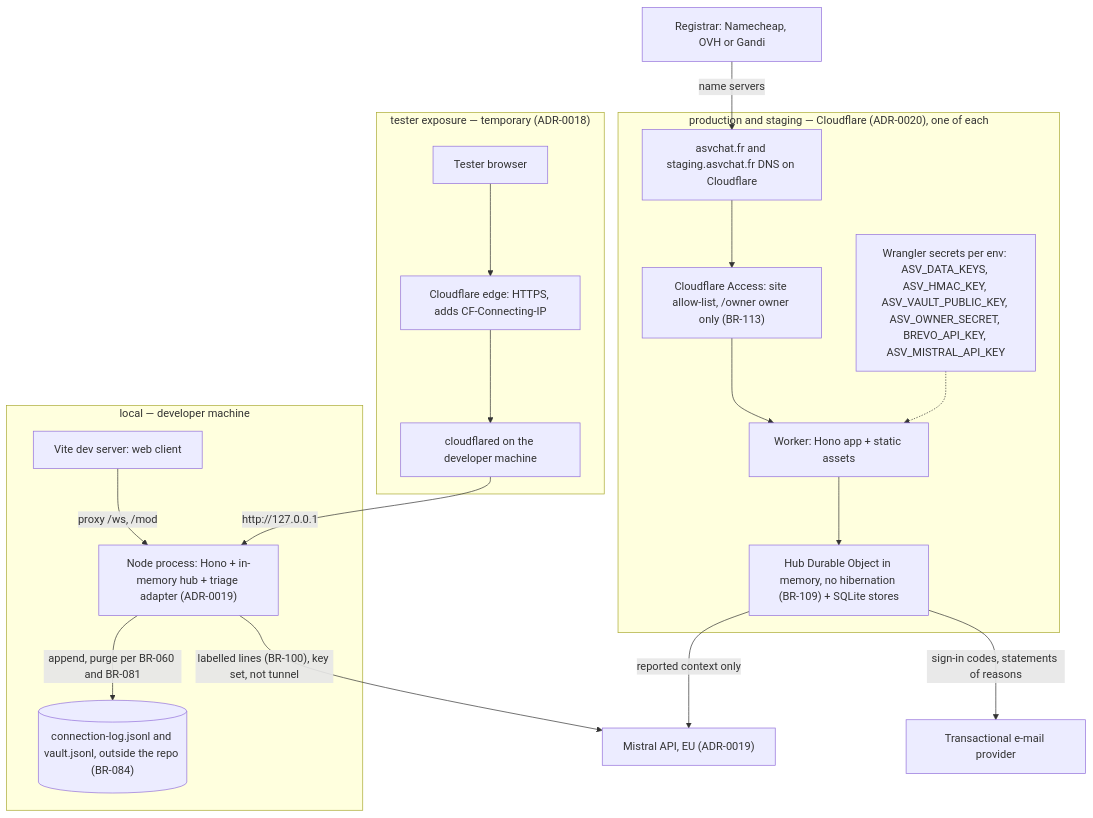
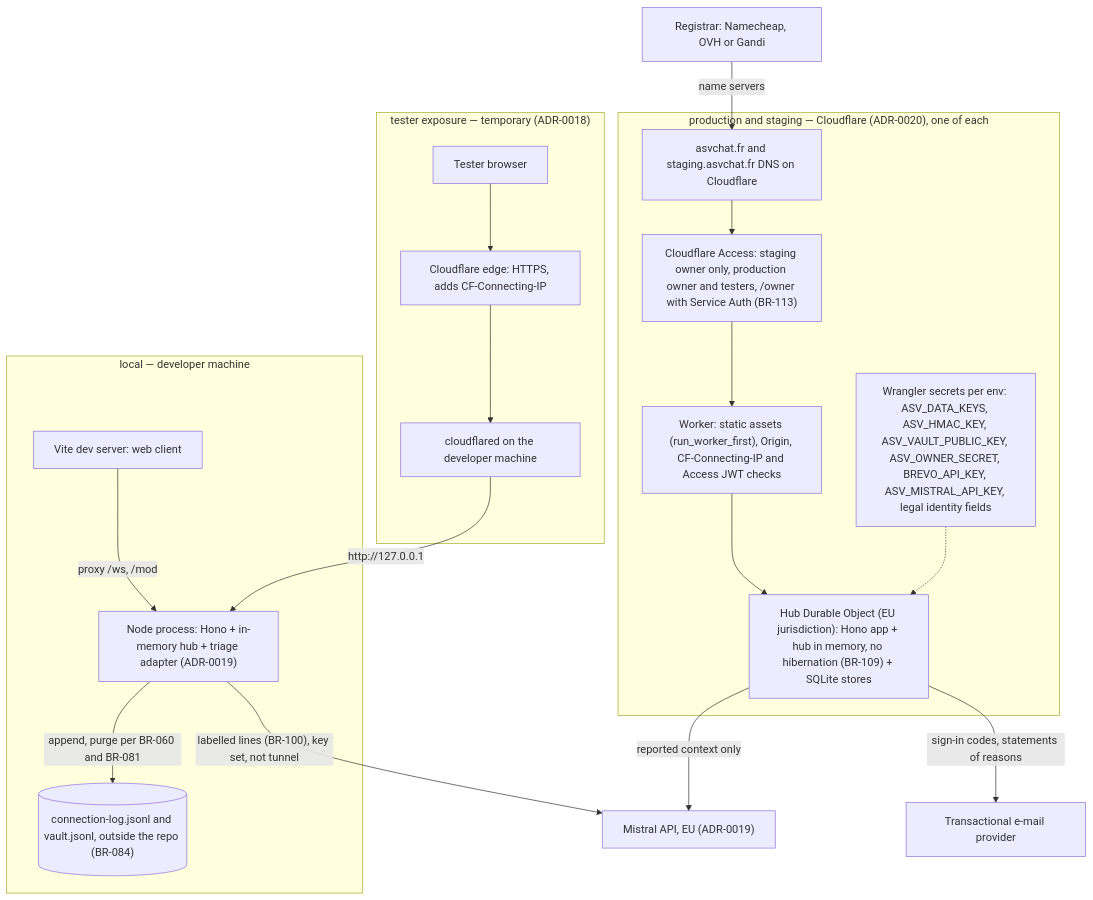
The diagram in docs/architecture/diagrams/platform/07-deployment.md (benoit-bremaud/asv), drawn with Mermaid before and after one commit. The commit also changed other lines of this file and 24 other files, not shown here.

````diff
--- a/docs/architecture/diagrams/platform/07-deployment.md
+++ b/docs/architecture/diagrams/platform/07-deployment.md
@@ -15,36 +15,36 @@
 ```mermaid
 flowchart TB
   subgraph Dev ["local — developer machine"]
     NodeProc["Node process: Hono + in-memory hub + triage adapter (ADR-0019)"]
     Vite["Vite dev server: web client"]
     Vite -->|"proxy /ws, /mod"| NodeProc
     LogFile[("connection-log.jsonl and vault.jsonl, outside the repo (BR-084)")]
     NodeProc -->|"append, purge per BR-060 and BR-081"| LogFile
   end
   subgraph Test ["tester exposure — temporary (ADR-0018)"]
     Tester["Tester browser"]
     Edge["Cloudflare edge: HTTPS, adds CF-Connecting-IP"]
     Cloudflared["cloudflared on the developer machine"]
     Tester --> Edge
     Edge --> Cloudflared
   end
   Cloudflared -->|"http://127.0.0.1"| NodeProc
   subgraph Prod ["production and staging — Cloudflare (ADR-0020), one of each"]
     DNS["asvchat.fr and staging.asvchat.fr DNS on Cloudflare"]
-    Access["Cloudflare Access: site allow-list, /owner owner only (BR-113)"]
-    Worker["Worker: Hono app + static assets"]
-    HubDO["Hub Durable Object in memory, no hibernation (BR-109) + SQLite stores"]
-    Secrets["Wrangler secrets per env: ASV_DATA_KEYS, ASV_HMAC_KEY, ASV_VAULT_PUBLIC_KEY, ASV_OWNER_SECRET, BREVO_API_KEY, ASV_MISTRAL_API_KEY"]
+    Access["Cloudflare Access: staging owner only, production owner and testers, /owner with Service Auth (BR-113)"]
+    Worker["Worker: static assets (run_worker_first), Origin, CF-Connecting-IP and Access JWT checks"]
+    HubDO["Hub Durable Object (EU jurisdiction): Hono app + hub in memory, no hibernation (BR-109) + SQLite stores"]
+    Secrets["Wrangler secrets per env: ASV_DATA_KEYS, ASV_HMAC_KEY, ASV_VAULT_PUBLIC_KEY, ASV_OWNER_SECRET, BREVO_API_KEY, ASV_MISTRAL_API_KEY, legal identity fields"]
     DNS --> Access
     Access --> Worker
     Worker --> HubDO
-    Secrets -.-> Worker
+    Secrets -.-> HubDO
   end
   AI["Mistral API, EU (ADR-0019)"]
   Registrar["Registrar: Namecheap, OVH or Gandi"]
   Registrar -->|"name servers"| DNS
   HubDO -->|"reported context only"| AI
   NodeProc -->|"labelled lines (BR-100), key set, not tunnel"| AI
   Mail["Transactional e-mail provider"]
   HubDO -->|"sign-in codes, statements of reasons"| Mail
 ```
````
